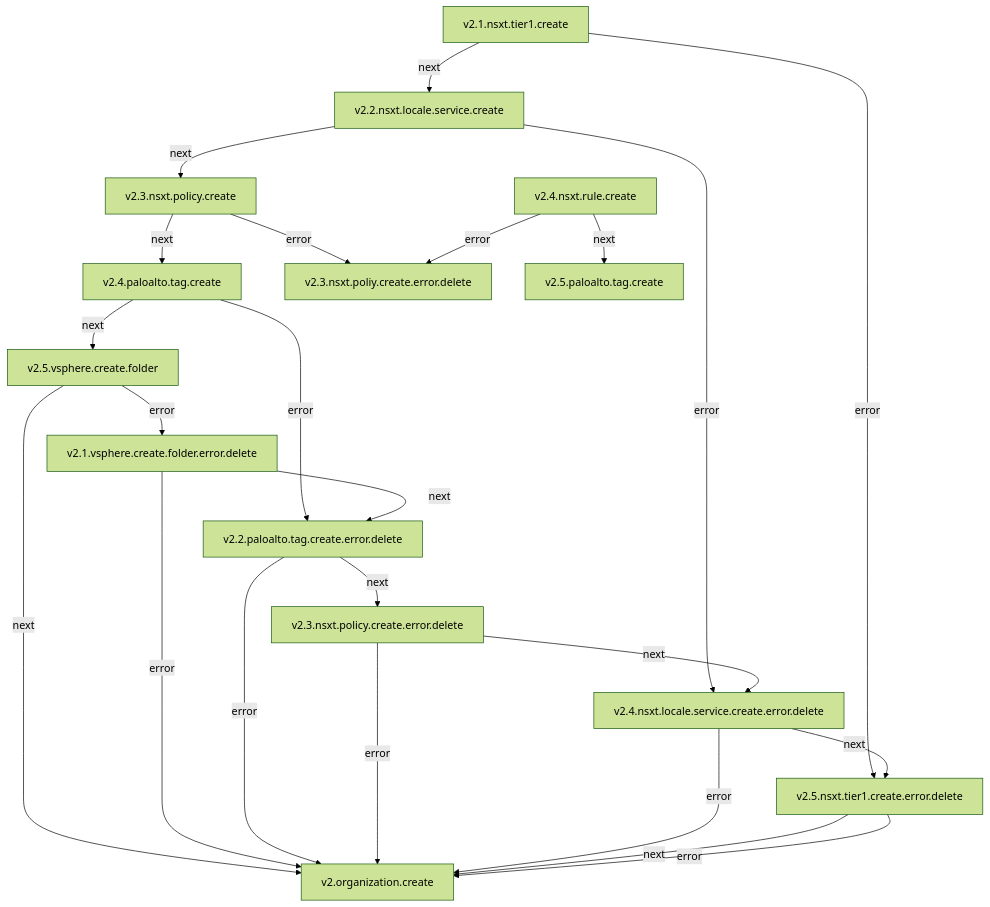
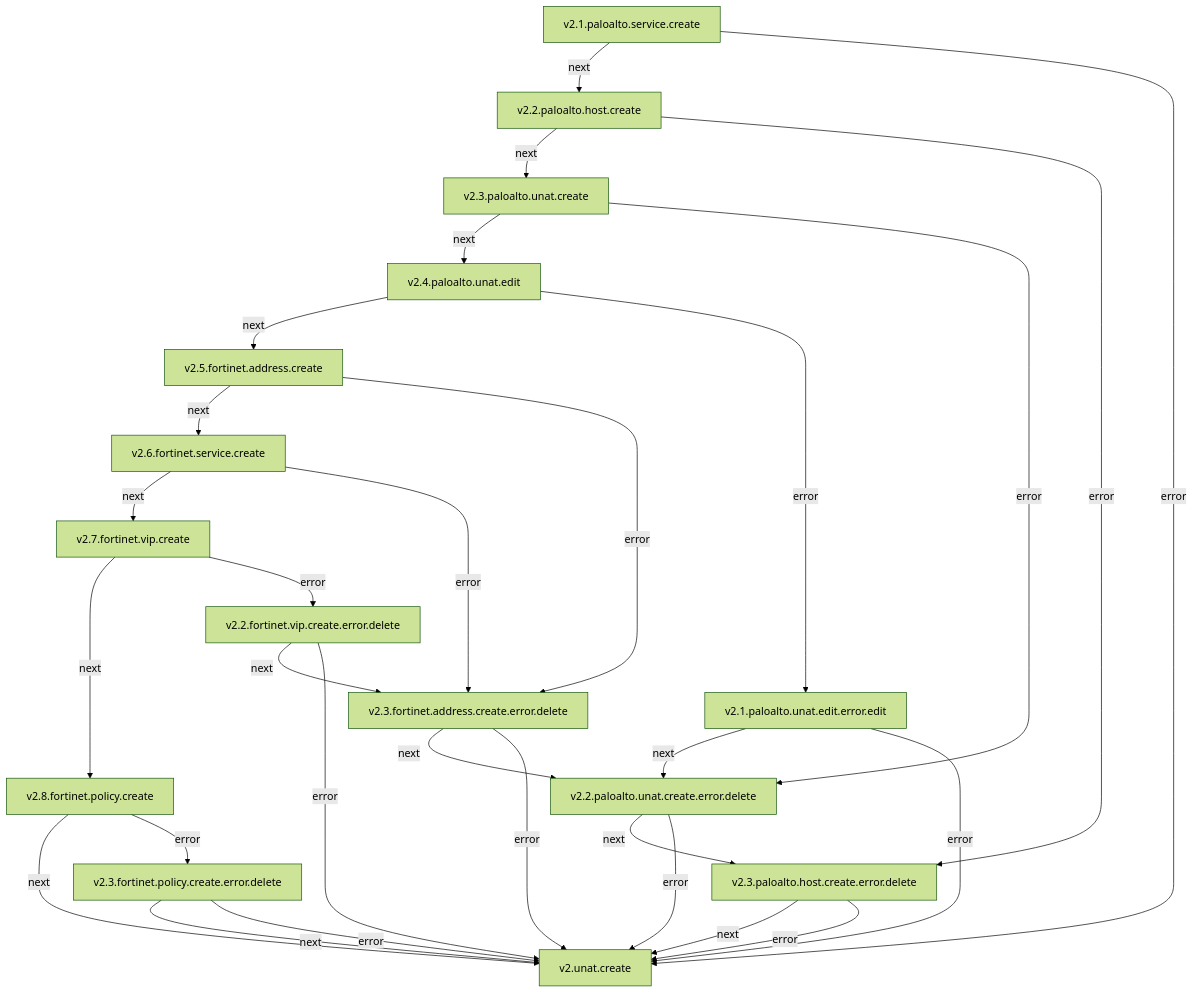
One commit to totvs-cloud/fortigate-fisico-iaas changed the first of 3 diagrams in UNAT.md. Above: the diagram before and after it, drawn with Mermaid (forest theme). The commit also changed other lines of this file and 1 other file, not shown here.

Commit message:
rename TAGs.md to DNAT.md and UNAT.md, updating documentation for DNAT and UNAT processes

````diff
--- a/UNAT.md
+++ b/UNAT.md
@@ -7,26 +7,31 @@
 ```mermaid
 flowchart TB
-  v2_1_nsxt_tier1_create["v2.1.nsxt.tier1.create"] -->|next| v2_2_nsxt_locale_service_create["v2.2.nsxt.locale.service.create"]
-  v2_1_nsxt_tier1_create["v2.1.nsxt.tier1.create"] -->|error| v2_5_nsxt_tier1_create_error_delete["v2.5.nsxt.tier1.create.error.delete"]
-  v2_2_nsxt_locale_service_create["v2.2.nsxt.locale.service.create"] -->|next| v2_3_nsxt_policy_create["v2.3.nsxt.policy.create"]
-  v2_2_nsxt_locale_service_create["v2.2.nsxt.locale.service.create"] -->|error| v2_4_nsxt_locale_service_create_error_delete["v2.4.nsxt.locale.service.create.error.delete"]
-  v2_3_nsxt_policy_create["v2.3.nsxt.policy.create"] -->|next| v2_4_paloalto_tag_create["v2.4.paloalto.tag.create"]
-  v2_3_nsxt_policy_create["v2.3.nsxt.policy.create"] -->|error| v2_3_nsxt_poliy_create_error_delete["v2.3.nsxt.poliy.create.error.delete"]
-  v2_4_nsxt_rule_create["v2.4.nsxt.rule.create"] -->|next| v2_5_paloalto_tag_create["v2.5.paloalto.tag.create"]
-  v2_4_nsxt_rule_create["v2.4.nsxt.rule.create"] -->|error| v2_3_nsxt_poliy_create_error_delete["v2.3.nsxt.poliy.create.error.delete"]
-  v2_4_paloalto_tag_create["v2.4.paloalto.tag.create"] -->|next| v2_5_vsphere_create_folder["v2.5.vsphere.create.folder"]
-  v2_4_paloalto_tag_create["v2.4.paloalto.tag.create"] -->|error| v2_2_paloalto_tag_create_error_delete["v2.2.paloalto.tag.create.error.delete"]
-  v2_5_vsphere_create_folder["v2.5.vsphere.create.folder"] -->|next| v2_organization_create["v2.organization.create"]
-  v2_5_vsphere_create_folder["v2.5.vsphere.create.folder"] -->|error| v2_1_vsphere_create_folder_error_delete["v2.1.vsphere.create.folder.error.delete"]
-  v2_1_vsphere_create_folder_error_delete["v2.1.vsphere.create.folder.error.delete"] -->|next| v2_2_paloalto_tag_create_error_delete["v2.2.paloalto.tag.create.error.delete"]
-  v2_1_vsphere_create_folder_error_delete["v2.1.vsphere.create.folder.error.delete"] -->|error| v2_organization_create["v2.organization.create"]
-  v2_2_paloalto_tag_create_error_delete["v2.2.paloalto.tag.create.error.delete"] -->|next| v2_3_nsxt_policy_create_error_delete["v2.3.nsxt.policy.create.error.delete"]
-  v2_2_paloalto_tag_create_error_delete["v2.2.paloalto.tag.create.error.delete"] -->|error| v2_organization_create["v2.organization.create"]
-  v2_3_nsxt_policy_create_error_delete["v2.3.nsxt.policy.create.error.delete"] -->|next| v2_4_nsxt_locale_service_create_error_delete["v2.4.nsxt.locale.service.create.error.delete"]
-  v2_3_nsxt_policy_create_error_delete["v2.3.nsxt.policy.create.error.delete"] -->|error| v2_organization_create["v2.organization.create"]
-  v2_4_nsxt_locale_service_create_error_delete["v2.4.nsxt.locale.service.create.error.delete"] -->|next| v2_5_nsxt_tier1_create_error_delete["v2.5.nsxt.tier1.create.error.delete"]
-  v2_4_nsxt_locale_service_create_error_delete["v2.4.nsxt.locale.service.create.error.delete"] -->|error| v2_organization_create["v2.organization.create"]
-  v2_5_nsxt_tier1_create_error_delete["v2.5.nsxt.tier1.create.error.delete"] -->|next| v2_organization_create["v2.organization.create"]
-  v2_5_nsxt_tier1_create_error_delete["v2.5.nsxt.tier1.create.error.delete"] -->|error| v2_organization_create["v2.organization.create"]
-
+  v2_1_paloalto_service_create["v2.1.paloalto.service.create"] -->|next| v2_2_paloalto_host_create["v2.2.paloalto.host.create"]
+  v2_1_paloalto_service_create["v2.1.paloalto.service.create"] -->|error| v2_unat_create["v2.unat.create"]
+  v2_2_paloalto_host_create["v2.2.paloalto.host.create"] -->|next| v2_3_paloalto_unat_create["v2.3.paloalto.unat.create"]
+  v2_2_paloalto_host_create["v2.2.paloalto.host.create"] -->|error| v2_3_paloalto_host_create_error_delete["v2.3.paloalto.host.create.error.delete"]
+  v2_3_paloalto_unat_create["v2.3.paloalto.unat.create"] -->|next| v2_4_paloalto_unat_edit["v2.4.paloalto.unat.edit"]
+  v2_3_paloalto_unat_create["v2.3.paloalto.unat.create"] -->|error| v2_2_paloalto_unat_create_error_delete["v2.2.paloalto.unat.create.error.delete"]
+  v2_4_paloalto_unat_edit["v2.4.paloalto.unat.edit"] -->|next| v2_5_fortinet_address_create["v2.5.fortinet.address.create"]
+  v2_4_paloalto_unat_edit["v2.4.paloalto.unat.edit"] -->|error| v2_1_paloalto_unat_edit_error_edit["v2.1.paloalto.unat.edit.error.edit"]
+  v2_5_fortinet_address_create["v2.5.fortinet.address.create"] -->|next| v2_6_fortinet_service_create["v2.6.fortinet.service.create"]
+  v2_5_fortinet_address_create["v2.5.fortinet.address.create"] -->|error| v2_3_fortinet_address_create_error_delete["v2.3.fortinet.address.create.error.delete"]
+  v2_6_fortinet_service_create["v2.6.fortinet.service.create"] -->|next| v2_7_fortinet_vip_create["v2.7.fortinet.vip.create"]
+  v2_6_fortinet_service_create["v2.6.fortinet.service.create"] -->|error| v2_3_fortinet_address_create_error_delete["v2.3.fortinet.address.create.error.delete"]
+  v2_7_fortinet_vip_create["v2.7.fortinet.vip.create"] -->|next| v2_8_fortinet_policy_create["v2.8.fortinet.policy.create"]
+  v2_7_fortinet_vip_create["v2.7.fortinet.vip.create"] -->|error| v2_2_fortinet_vip_create_error_delete["v2.2.fortinet.vip.create.error.delete"]
+  v2_8_fortinet_policy_create["v2.8.fortinet.policy.create"] -->|next| v2_unat_create["v2.unat.create"]
+  v2_8_fortinet_policy_create["v2.8.fortinet.policy.create"] -->|error| v2_3_fortinet_policy_create_error_delete["v2.3.fortinet.policy.create.error.delete"]
+  v2_1_paloalto_unat_edit_error_edit["v2.1.paloalto.unat.edit.error.edit"] -->|next| v2_2_paloalto_unat_create_error_delete["v2.2.paloalto.unat.create.error.delete"]
+  v2_1_paloalto_unat_edit_error_edit["v2.1.paloalto.unat.edit.error.edit"] -->|error| v2_unat_create["v2.unat.create"]
+  v2_2_fortinet_vip_create_error_delete["v2.2.fortinet.vip.create.error.delete"] -->|next| v2_3_fortinet_address_create_error_delete["v2.3.fortinet.address.create.error.delete"]
+  v2_2_fortinet_vip_create_error_delete["v2.2.fortinet.vip.create.error.delete"] -->|error| v2_unat_create["v2.unat.create"]
+  v2_2_paloalto_unat_create_error_delete["v2.2.paloalto.unat.create.error.delete"] -->|next| v2_3_paloalto_host_create_error_delete["v2.3.paloalto.host.create.error.delete"]
+  v2_2_paloalto_unat_create_error_delete["v2.2.paloalto.unat.create.error.delete"] -->|error| v2_unat_create["v2.unat.create"]
+  v2_3_fortinet_address_create_error_delete["v2.3.fortinet.address.create.error.delete"] -->|next| v2_2_paloalto_unat_create_error_delete["v2.2.paloalto.unat.create.error.delete"]
+  v2_3_fortinet_address_create_error_delete["v2.3.fortinet.address.create.error.delete"] -->|error| v2_unat_create["v2.unat.create"]
+  v2_3_fortinet_policy_create_error_delete["v2.3.fortinet.policy.create.error.delete"] -->|next| v2_unat_create["v2.unat.create"]
+  v2_3_fortinet_policy_create_error_delete["v2.3.fortinet.policy.create.error.delete"] -->|error| v2_unat_create["v2.unat.create"]
+  v2_3_paloalto_host_create_error_delete["v2.3.paloalto.host.create.error.delete"] -->|next| v2_unat_create["v2.unat.create"]
+  v2_3_paloalto_host_create_error_delete["v2.3.paloalto.host.create.error.delete"] -->|error| v2_unat_create["v2.unat.create"]
 ```
````
